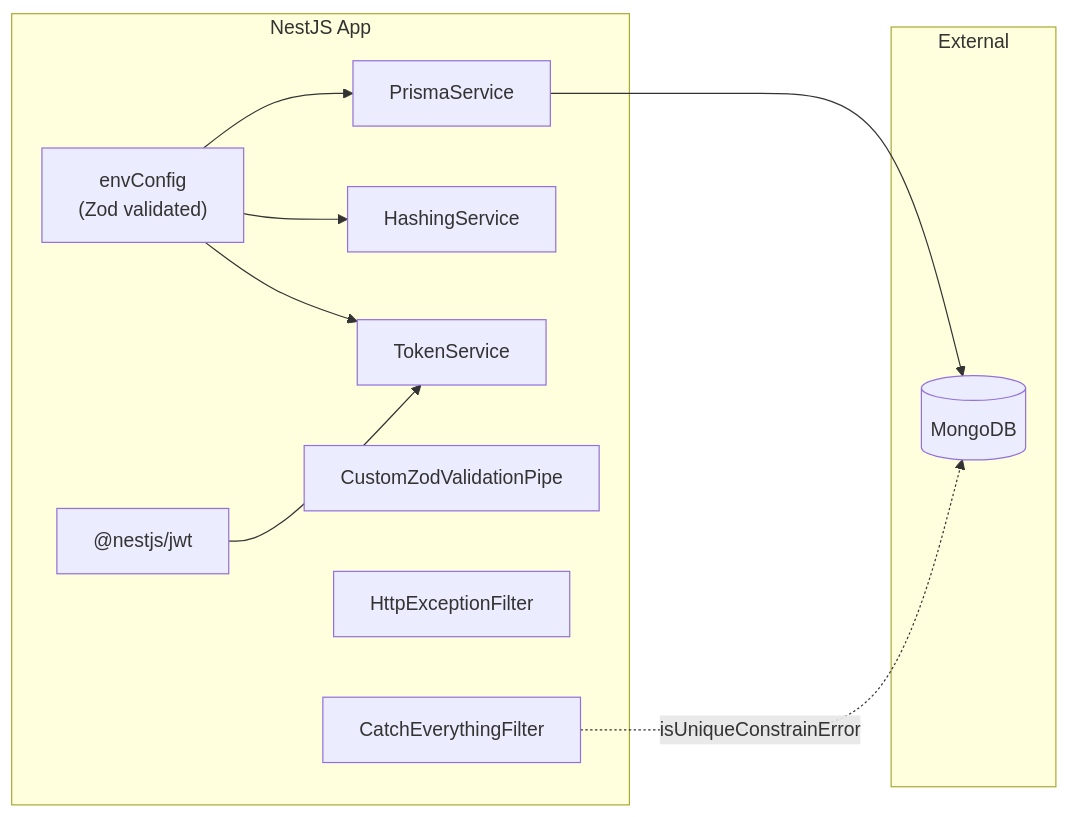
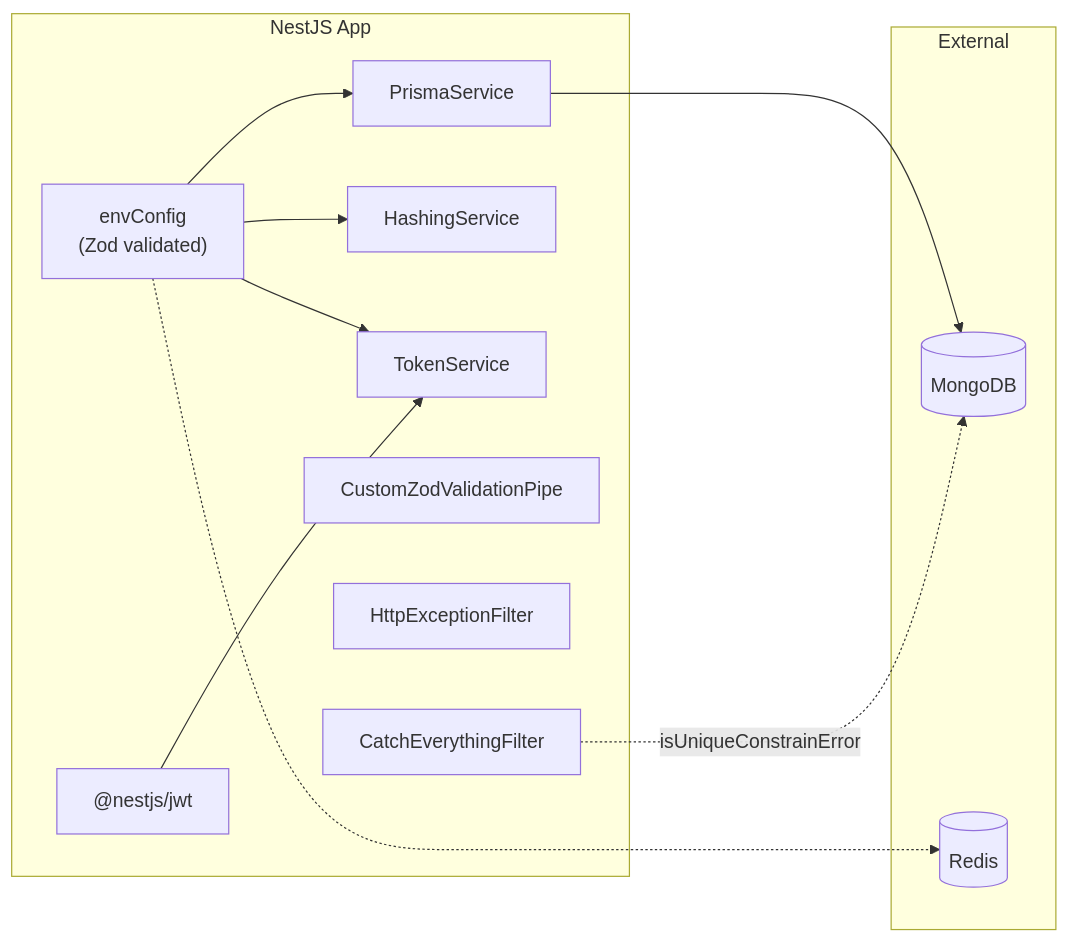
The third of 3 diagrams in ARCHITECTURE.md (WDP301-SU26-GR2/BE-dev), drawn with Mermaid before and after one commit. The commit also changed other lines of this file and 9 other files, not shown here.

````diff
--- a/ARCHITECTURE.md
+++ b/ARCHITECTURE.md
@@ -353,24 +356,26 @@
 ```mermaid
 graph LR
     subgraph "External"
         MONGO[(MongoDB)]
+        REDIS[(Redis)]
     end
 
     subgraph "NestJS App"
         ENV["envConfig<br/>(Zod validated)"]
         PRISMA_SVC["PrismaService"]
         HASH_SVC["HashingService"]
         TOKEN_SVC["TokenService"]
         JWT_MOD["@nestjs/jwt"]
         PIPE["CustomZodValidationPipe"]
         FILTER1["HttpExceptionFilter"]
         FILTER2["CatchEverythingFilter"]
     end
 
     ENV --> PRISMA_SVC
     ENV --> HASH_SVC
     ENV --> TOKEN_SVC
     JWT_MOD --> TOKEN_SVC
     PRISMA_SVC --> MONGO
     FILTER2 -.-> |isUniqueConstrainError| MONGO
+    ENV -.-> REDIS
 ```
````
